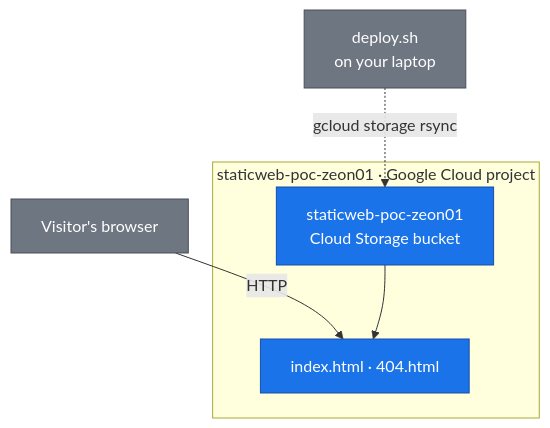
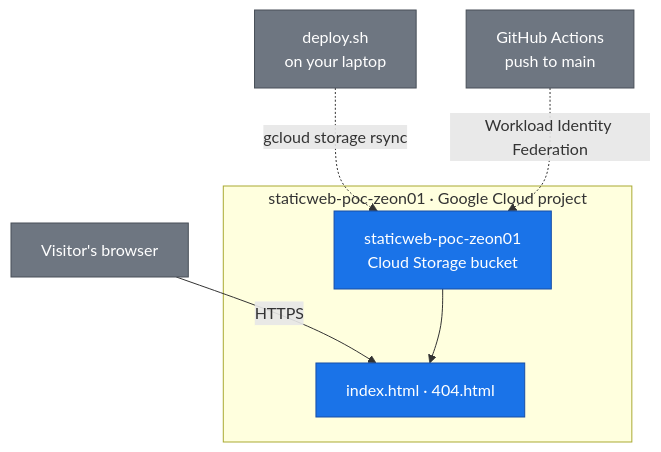
Before and after one commit to zsociety47/gcp-static-website-poc: the diagram in README.md, drawn with Mermaid. The commit also changed other lines of this file and 5 other files, not shown here.

First line of the commit message:
Let a push to main upload the site without a stored key.

````diff
--- a/README.md
+++ b/README.md
@@ -200,20 +210,22 @@
 ```mermaid
 flowchart TD
     user["Visitor's browser"]
     dev["deploy.sh<br/>on your laptop"]
+    gha["GitHub Actions<br/>push to main"]
 
     subgraph proj["staticweb-poc-zeon01 · Google Cloud project"]
         bucket["staticweb-poc-zeon01<br/>Cloud Storage bucket"]
         web["index.html · 404.html"]
     end
 
-    user -- "HTTP" --> web
+    user -- "HTTPS" --> web
     dev -. "gcloud storage rsync" .-> bucket
+    gha -. "Workload Identity Federation" .-> bucket
     bucket --> web
 
     classDef gcp fill:#1a73e8,stroke:#174ea6,color:#fff
     classDef external fill:#6e7681,stroke:#484f58,color:#fff
 
     class bucket,web gcp
-    class user,dev external
+    class user,dev,gha external
 ```
````
